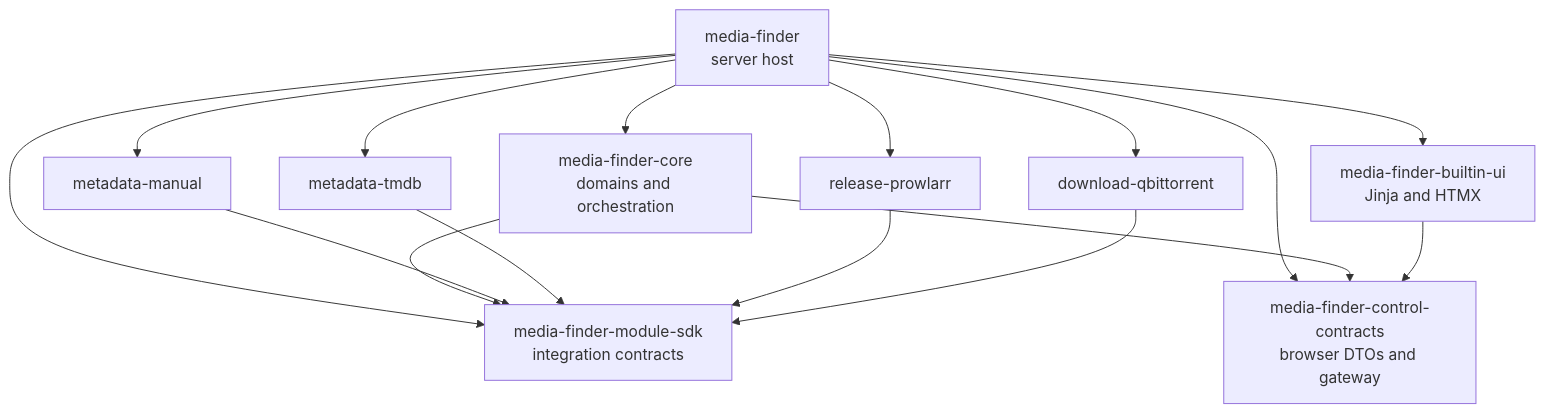
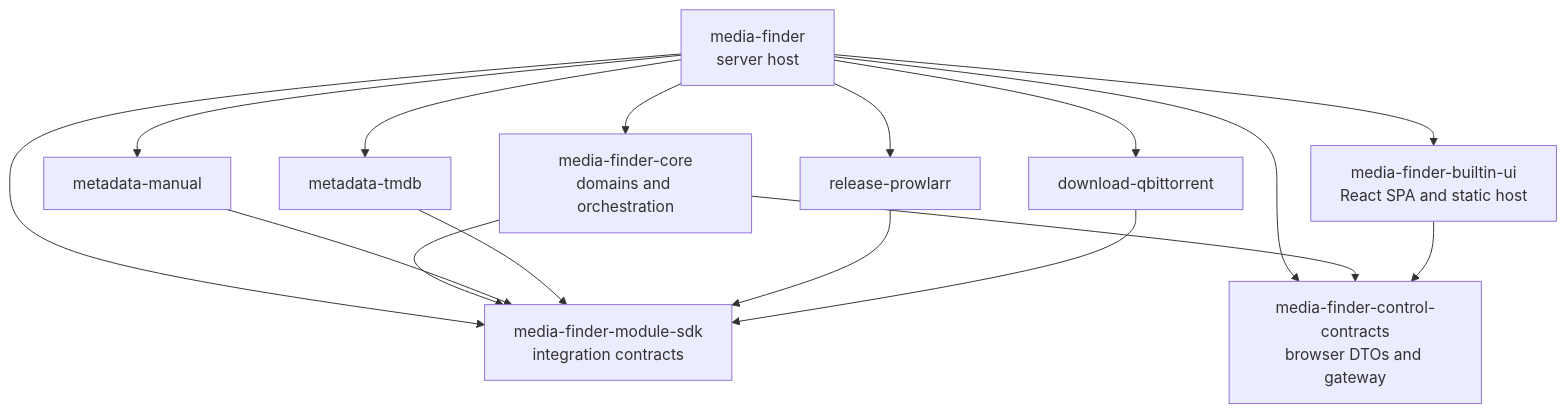
The first of 2 diagrams in docs/architecture.md (hametovbr/media-finder), drawn with Mermaid before and after one commit. The commit also changed other lines of this file and 126 other files, not shown here.

First line of the commit message:
Replace built-in UI with React SPA (#13)

````diff
--- a/docs/architecture.md
+++ b/docs/architecture.md
@@ -29,28 +29,28 @@
 ```mermaid
 flowchart TD
     Host["media-finder<br/>server host"]
     Core["media-finder-core<br/>domains and orchestration"]
     SDK["media-finder-module-sdk<br/>integration contracts"]
     Control["media-finder-control-contracts<br/>browser DTOs and gateway"]
-    UI["media-finder-builtin-ui<br/>Jinja and HTMX"]
+    UI["media-finder-builtin-ui<br/>React SPA and static host"]
     Manual["metadata-manual"]
     TMDB["metadata-tmdb"]
     Prowlarr["release-prowlarr"]
     QB["download-qbittorrent"]
 
     Host --> Core
     Host --> UI
     Host --> Manual
     Host --> TMDB
     Host --> Prowlarr
     Host --> QB
     Host --> SDK
     Host --> Control
     Core --> SDK
     Core --> Control
     UI --> Control
     Manual --> SDK
     TMDB --> SDK
     Prowlarr --> SDK
     QB --> SDK
 ```
````
